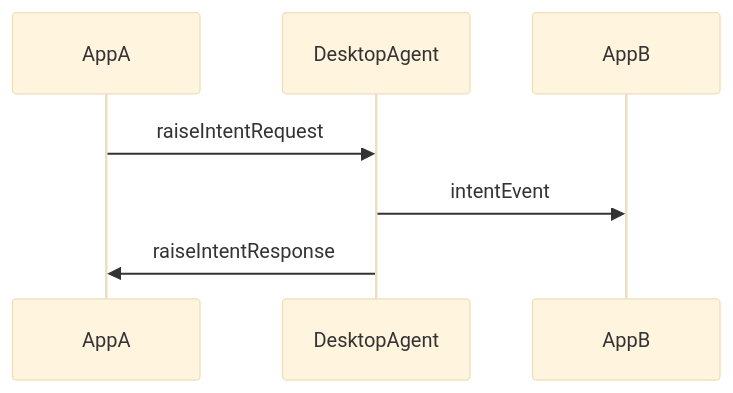
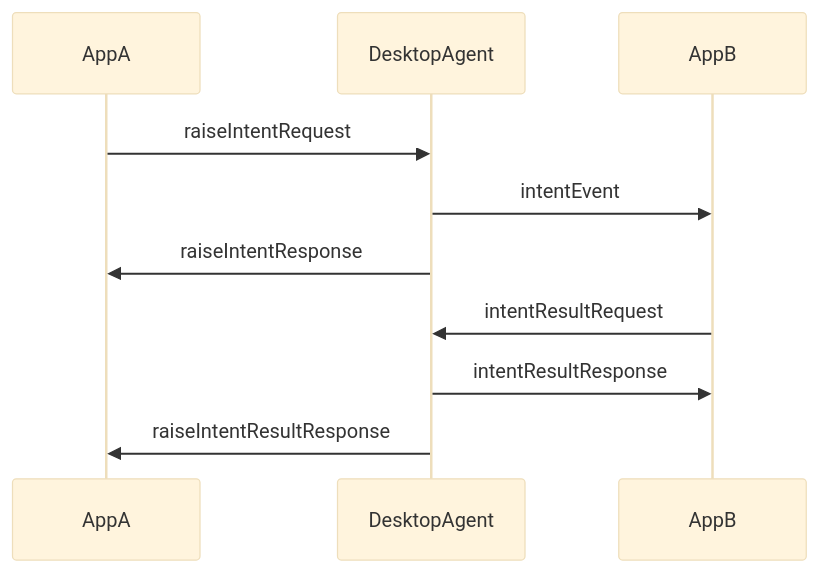
One commit to finos/FDC3 changed the first of 5 diagrams in docs/api/specs/desktopAgentCommunicationProtocol.md. Above: the diagram before and after it, drawn with Mermaid (base theme). The commit also changed other lines of this file and 5 other files, not shown here.

````diff
--- a/docs/api/specs/desktopAgentCommunicationProtocol.md
+++ b/docs/api/specs/desktopAgentCommunicationProtocol.md
@@ -142,6 +147,9 @@
 ```mermaid
 sequenceDiagram
     AppA ->> DesktopAgent: raiseIntentRequest
     DesktopAgent ->> AppB: intentEvent
     DesktopAgent ->> AppA: raiseIntentResponse
+    AppB ->> DesktopAgent: intentResultRequest
+    DesktopAgent ->> AppB: intentResultResponse
+    DesktopAgent ->> AppA: raiseIntentResultResponse
 ```
````
